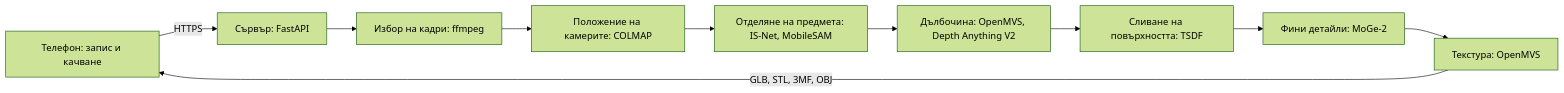
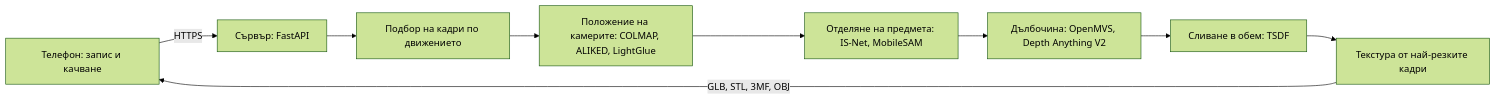
One commit to miron4o24/Orbitize-scan3D_app- changed the diagram in README.md. Above: the diagram before and after it, drawn with Mermaid (forest theme). The commit also changed other lines of this file and 16 other files, not shown here.

````diff
--- a/README.md
+++ b/README.md
@@ -27,12 +35,11 @@
 ```mermaid
 flowchart LR
     A["Телефон: запис и качване"] -->|HTTPS| B["Сървър: FastAPI"]
-    B --> C["Избор на кадри: ffmpeg"]
-    C --> D["Положение на камерите: COLMAP"]
+    B --> C["Подбор на кадри по движението"]
+    C --> D["Положение на камерите: COLMAP, ALIKED, LightGlue"]
     D --> E["Отделяне на предмета: IS-Net, MobileSAM"]
     E --> F["Дълбочина: OpenMVS, Depth Anything V2"]
-    F --> G["Сливане на повърхността: TSDF"]
-    G --> I["Фини детайли: MoGe-2"]
-    I --> H["Текстура: OpenMVS"]
+    F --> G["Сливане в обем: TSDF"]
+    G --> H["Текстура от най-резките кадри"]
     H -->|"GLB, STL, 3MF, OBJ"| A
 ```
````
